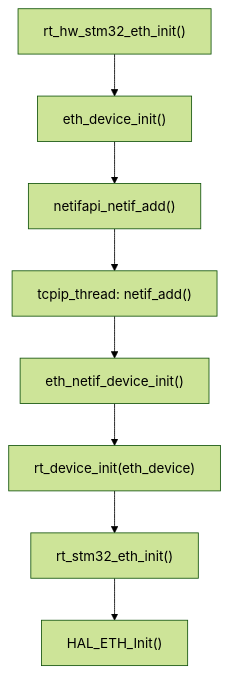
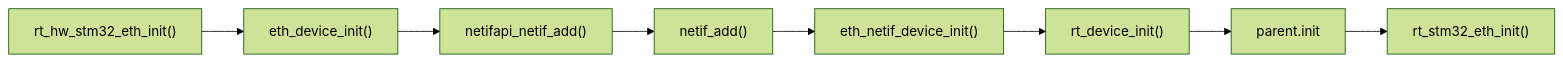
Before and after one commit to wdfk-prog/lwIP-Source-Lab: the fourth of 7 diagrams in docs/42-stm32h750-rtthread-lwip-ethernet-port.md, drawn with Mermaid (forest theme). The commit also changed other lines of this file and 49 other files, not shown here.

````diff
--- a/docs/42-stm32h750-rtthread-lwip-ethernet-port.md
+++ b/docs/42-stm32h750-rtthread-lwip-ethernet-port.md
@@ -201,10 +395,10 @@
 ```mermaid
-flowchart TD
+flowchart LR
     A["rt_hw_stm32_eth_init()"] --> B["eth_device_init()"]
     B --> C["netifapi_netif_add()"]
-    C --> D["tcpip_thread: netif_add()"]
+    C --> D["netif_add()"]
     D --> E["eth_netif_device_init()"]
-    E --> F["rt_device_init(eth_device)"]
-    F --> G["rt_stm32_eth_init()"]
-    G --> H["HAL_ETH_Init()"]
+    E --> F["rt_device_init()"]
+    F --> G["parent.init"]
+    G --> H["rt_stm32_eth_init()"]
 ```
````
